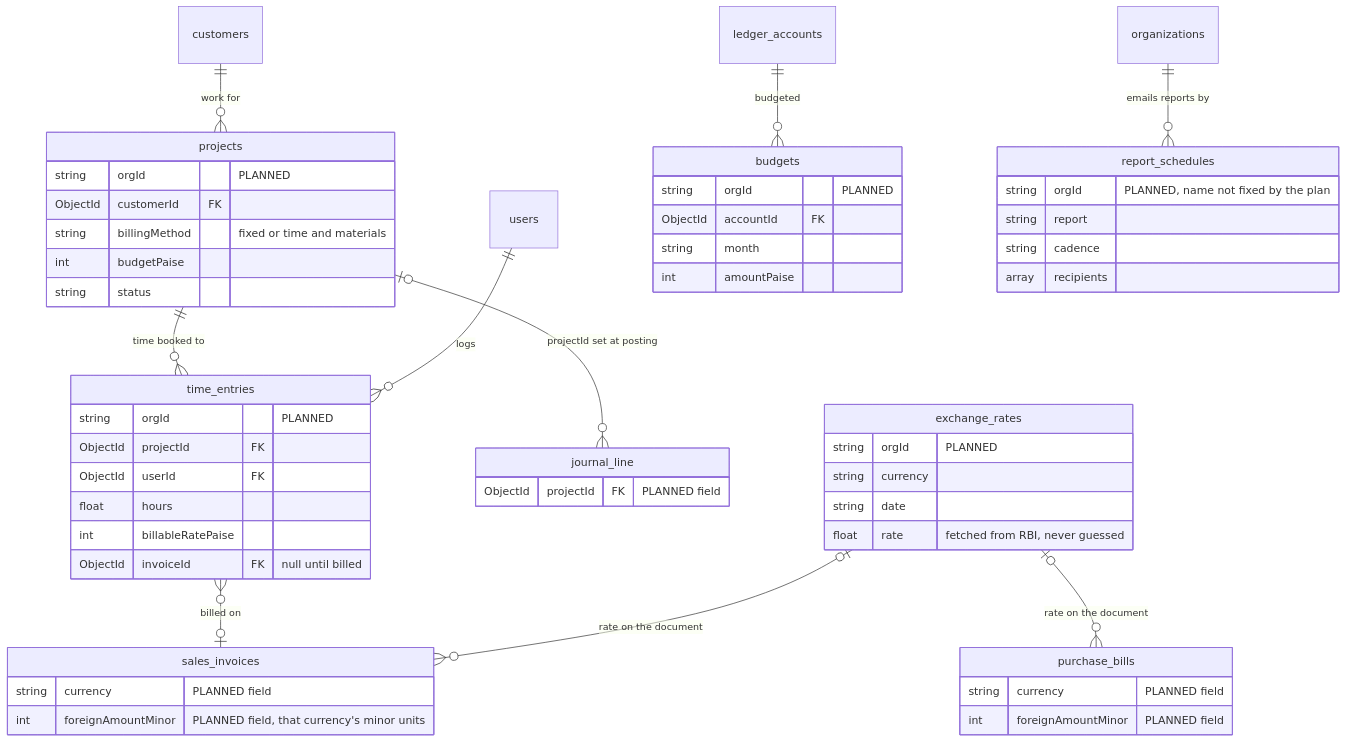
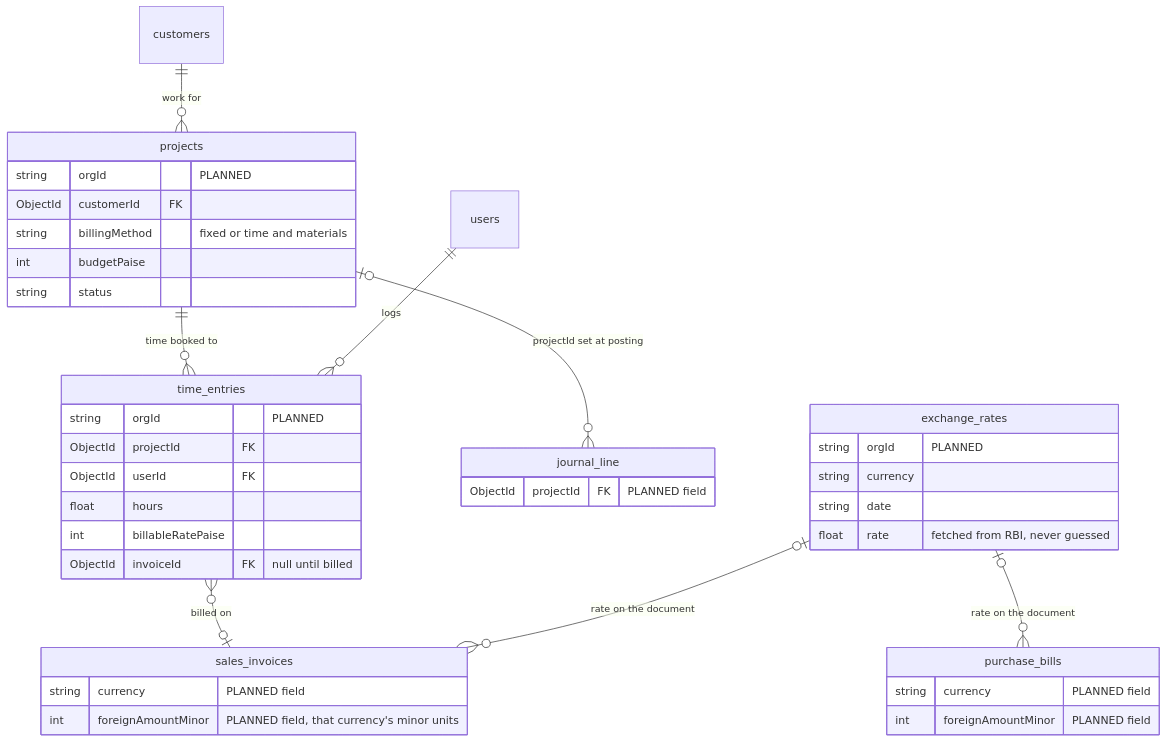
One commit to onewebmart/AccountingAI changed diagram 12 of 13 in docs/diagrams/ARCHITECTURE_DIAGRAMS.md. Above: the diagram before and after it, drawn with Mermaid. The commit also changed other lines of this file, not shown here.

Commit message:
docs: diagrams show Phase 8 built — budgets and report_schedules in the ledger core, narrative and Ask your books done

````diff
--- a/docs/diagrams/ARCHITECTURE_DIAGRAMS.md
+++ b/docs/diagrams/ARCHITECTURE_DIAGRAMS.md
@@ -891,60 +908,45 @@
 ```mermaid
 erDiagram
   %% PLANNED (Phase 9): projects and timesheets.
   customers ||--o{ projects : "work for"
   projects ||--o{ time_entries : "time booked to"
   users ||--o{ time_entries : "logs"
   time_entries }o--o| sales_invoices : "billed on"
   projects |o--o{ journal_line : "projectId set at posting"
-  %% PLANNED (Phase 8): budgets and scheduled report emails.
-  ledger_accounts ||--o{ budgets : "budgeted"
-  organizations ||--o{ report_schedules : "emails reports by"
   %% PLANNED (Phase 9): multi-currency. Journals stay in INR paise.
   exchange_rates |o--o{ sales_invoices : "rate on the document"
   exchange_rates |o--o{ purchase_bills : "rate on the document"
 
   projects {
     string orgId "PLANNED"
     ObjectId customerId FK
     string billingMethod "fixed or time and materials"
     int budgetPaise
     string status
   }
   time_entries {
     string orgId "PLANNED"
     ObjectId projectId FK
     ObjectId userId FK
     float hours
     int billableRatePaise
     ObjectId invoiceId FK "null until billed"
   }
-  budgets {
-    string orgId "PLANNED"
-    ObjectId accountId FK
-    string month
-    int amountPaise
-  }
-  report_schedules {
-    string orgId "PLANNED, name not fixed by the plan"
-    string report
-    string cadence
-    array recipients
-  }
   exchange_rates {
     string orgId "PLANNED"
     string currency
     string date
     float rate "fetched from RBI, never guessed"
   }
   journal_line {
     ObjectId projectId FK "PLANNED field"
   }
   sales_invoices {
     string currency "PLANNED field"
     int foreignAmountMinor "PLANNED field, that currency's minor units"
   }
   purchase_bills {
     string currency "PLANNED field"
     int foreignAmountMinor "PLANNED field"
   }
 ```
````
